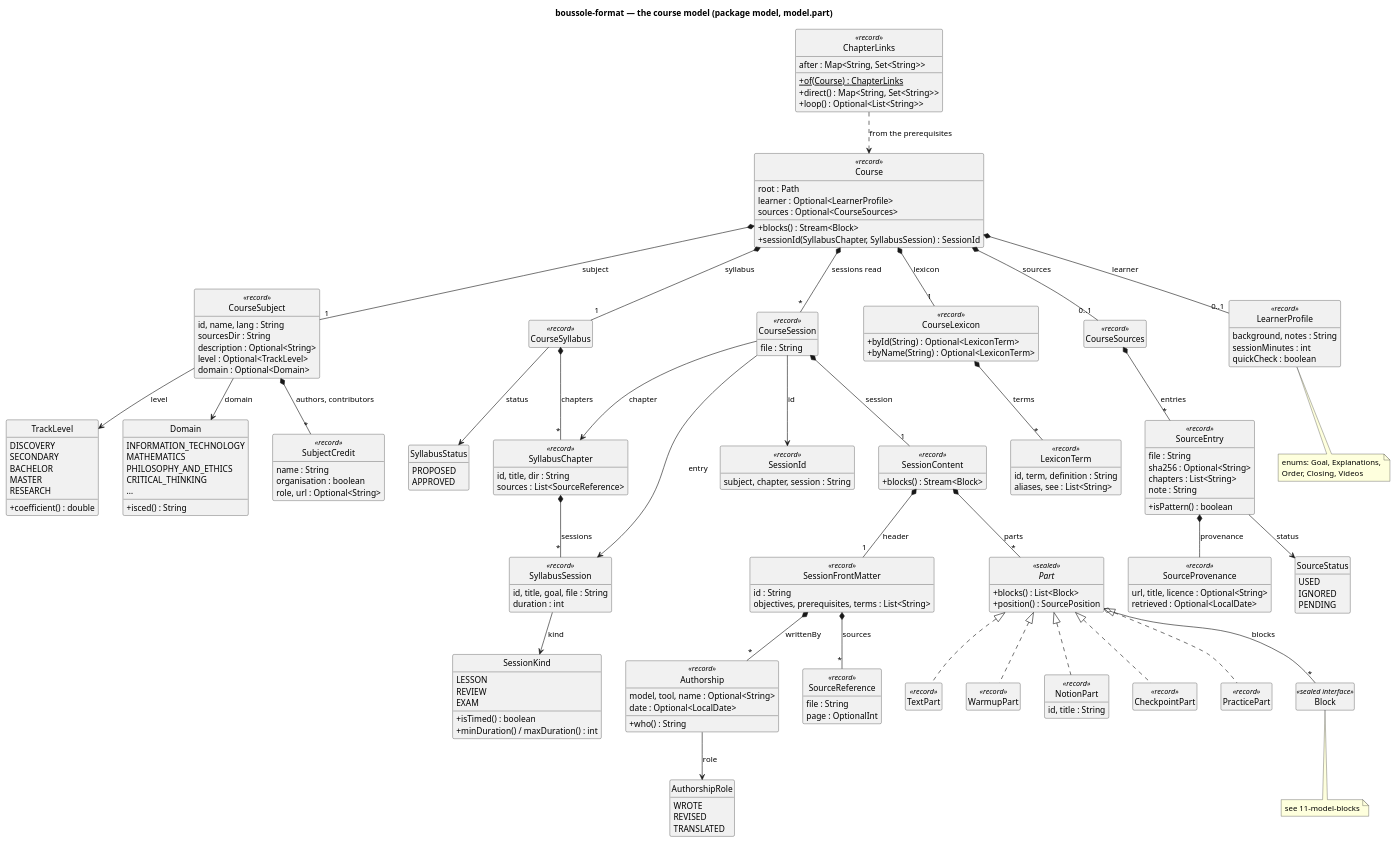
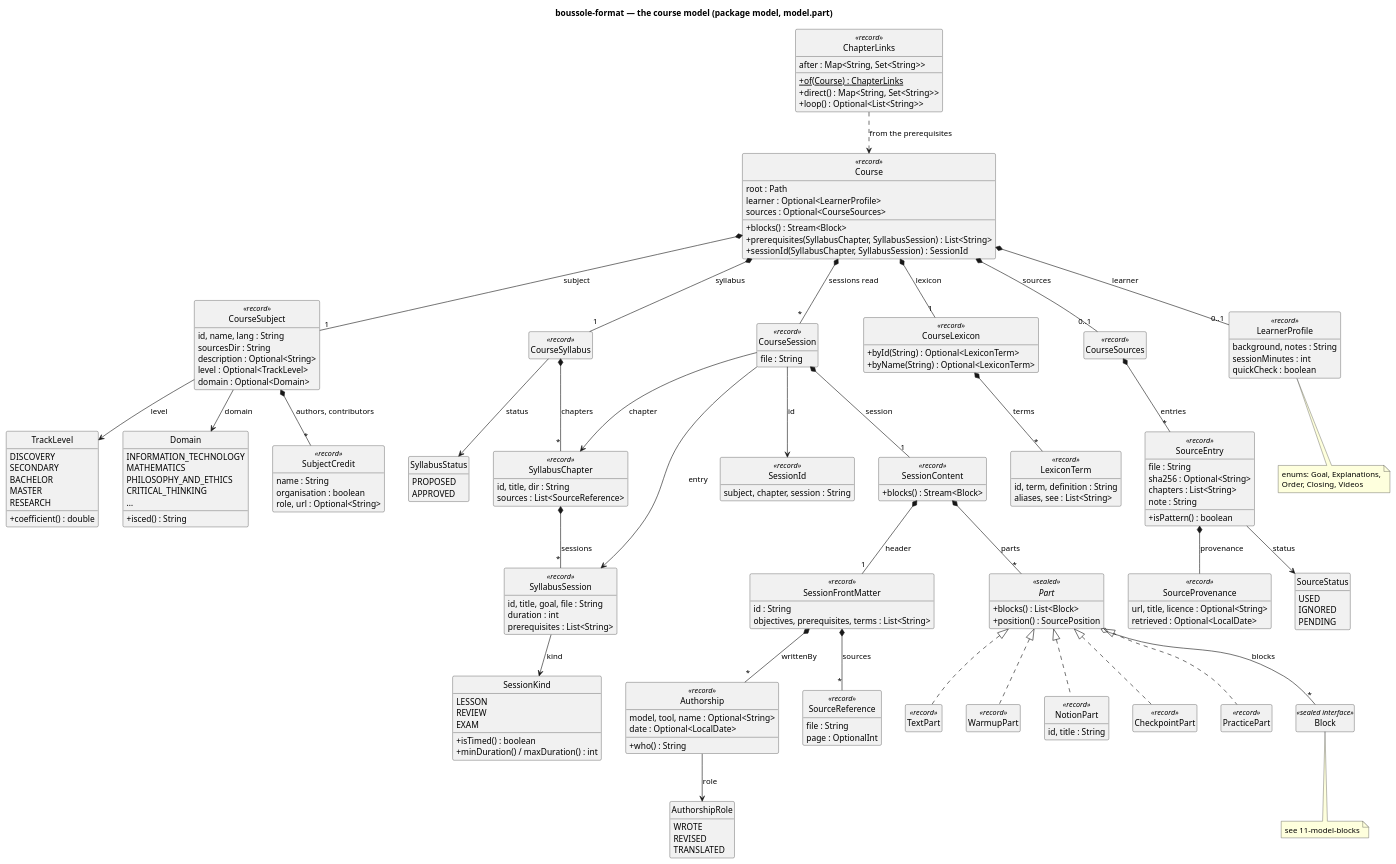
The diagram in docs/diagrams/10-model-course.puml (lucasssoh/Boussole), drawn with PlantUML before and after one commit. The commit also changed 19 other files, not shown here.

```diff
--- a/docs/diagrams/10-model-course.puml
+++ b/docs/diagrams/10-model-course.puml
@@ -1,182 +1,184 @@
 @startuml 10-model-course
 skinparam packageStyle rectangle
 skinparam classAttributeIconSize 0
 skinparam nodesep 40
 skinparam ranksep 50
 hide empty members
 hide circle
 title boussole-format — the course model (package model, model.part)
 
 class Course <<record>> {
   root : Path
   learner : Optional<LearnerProfile>
   sources : Optional<CourseSources>
   +blocks() : Stream<Block>
+  +prerequisites(SyllabusChapter, SyllabusSession) : List<String>
   +sessionId(SyllabusChapter, SyllabusSession) : SessionId
 }
 class CourseSubject <<record>> {
   id, name, lang : String
   sourcesDir : String
   description : Optional<String>
   level : Optional<TrackLevel>
   domain : Optional<Domain>
 }
 enum TrackLevel {
   DISCOVERY
   SECONDARY
   BACHELOR
   MASTER
   RESEARCH
   +coefficient() : double
 }
 enum Domain {
   INFORMATION_TECHNOLOGY
   MATHEMATICS
   PHILOSOPHY_AND_ETHICS
   CRITICAL_THINKING
   …
   +isced() : String
 }
 class CourseSyllabus <<record>>
 class ChapterLinks <<record>> {
   after : Map<String, Set<String>>
   +{static} of(Course) : ChapterLinks
   +direct() : Map<String, Set<String>>
   +loop() : Optional<List<String>>
 }
 enum SyllabusStatus {
   PROPOSED
   APPROVED
 }
 class SyllabusChapter <<record>> {
   id, title, dir : String
   sources : List<SourceReference>
 }
 class SyllabusSession <<record>> {
   id, title, goal, file : String
   duration : int
+  prerequisites : List<String>
 }
 enum SessionKind {
   LESSON
   REVIEW
   EXAM
   +isTimed() : boolean
   +minDuration() / maxDuration() : int
 }
 class SessionId <<record>> {
   subject, chapter, session : String
 }
 class CourseLexicon <<record>> {
   +byId(String) : Optional<LexiconTerm>
   +byName(String) : Optional<LexiconTerm>
 }
 class LexiconTerm <<record>> {
   id, term, definition : String
   aliases, see : List<String>
 }
 class CourseSources <<record>>
 class SourceEntry <<record>> {
   file : String
   sha256 : Optional<String>
   chapters : List<String>
   note : String
   +isPattern() : boolean
 }
 class Authorship <<record>> {
   model, tool, name : Optional<String>
   date : Optional<LocalDate>
   +who() : String
 }
 enum AuthorshipRole {
   WROTE
   REVISED
   TRANSLATED
 }
 class SubjectCredit <<record>> {
   name : String
   organisation : boolean
   role, url : Optional<String>
 }
 class SourceProvenance <<record>> {
   url, title, licence : Optional<String>
   retrieved : Optional<LocalDate>
 }
 enum SourceStatus {
   USED
   IGNORED
   PENDING
 }
 class LearnerProfile <<record>> {
   background, notes : String
   sessionMinutes : int
   quickCheck : boolean
 }
 note bottom of LearnerProfile
   enums: Goal, Explanations,
   Order, Closing, Videos
 end note
 class CourseSession <<record>> {
   file : String
 }
 class SessionContent <<record>> {
   +blocks() : Stream<Block>
 }
 class SessionFrontMatter <<record>> {
   id : String
   objectives, prerequisites, terms : List<String>
 }
 class SourceReference <<record>> {
   file : String
   page : OptionalInt
 }
 
 interface Part <<sealed>> {
   +blocks() : List<Block>
   +position() : SourcePosition
 }
 class TextPart <<record>>
 class WarmupPart <<record>>
 class NotionPart <<record>> {
   id, title : String
 }
 class CheckpointPart <<record>>
 class PracticePart <<record>>
 
 Course *-- "1" CourseSubject : subject
 CourseSubject --> TrackLevel : level
 CourseSubject --> Domain : domain
 Course *-- "1" CourseSyllabus : syllabus
 ChapterLinks ..> Course : from the prerequisites
 Course *-- "1" CourseLexicon : lexicon
 Course *-- "0..1" LearnerProfile : learner
 Course *-- "0..1" CourseSources : sources
 CourseSources *-- "*" SourceEntry : entries
 SourceEntry --> SourceStatus : status
 SourceEntry *-- SourceProvenance : provenance
 Course *-- "*" CourseSession : sessions read
 CourseSyllabus *-- "*" SyllabusChapter : chapters
 CourseSyllabus --> SyllabusStatus : status
 SyllabusChapter *-- "*" SyllabusSession : sessions
 SyllabusSession --> SessionKind : kind
 CourseLexicon *-- "*" LexiconTerm : terms
 CourseSession --> SessionId : id
 CourseSession --> SyllabusChapter : chapter
 CourseSession --> SyllabusSession : entry
 CourseSession *-- "1" SessionContent : session
 SessionContent *-- "1" SessionFrontMatter : header
 SessionContent *-- "*" Part : parts
 SessionFrontMatter *-- "*" SourceReference : sources
 Part <|.. TextPart
 Part <|.. WarmupPart
 Part <|.. NotionPart
 Part <|.. CheckpointPart
 Part <|.. PracticePart
 Part o-- "*" Block : blocks
 
 class Block <<sealed interface>>
 note bottom of Block : see 11-model-blocks
 CourseSubject *-- "*" SubjectCredit : authors, contributors
 SessionFrontMatter *-- "*" Authorship : writtenBy
 Authorship --> AuthorshipRole : role
 
 @enduml
```
